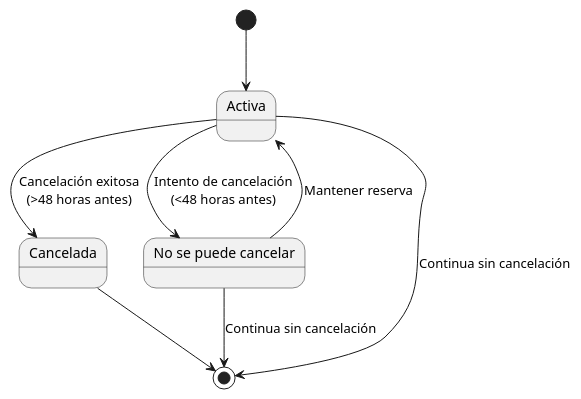
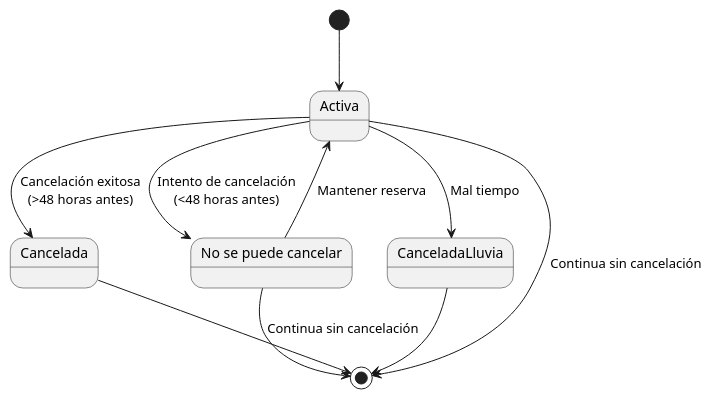
One commit to pablarce/23-24-IdSw1-SDR changed the diagram in CasosDeUso/Procesos/CduCancelarReserva/DiagramaDeEstados.puml. Above: the diagram before and after it, drawn with PlantUML.

Commit message:
Update DiagramaDeEstados.puml
Agrego cancelación por lluvia

```diff
--- a/CasosDeUso/Procesos/CduCancelarReserva/DiagramaDeEstados.puml
+++ b/CasosDeUso/Procesos/CduCancelarReserva/DiagramaDeEstados.puml
@@ -1,16 +1,18 @@
 @startuml
 state Activa {
 }
 state Cancelada {
 }
 state "No se puede cancelar" as NoPuedeCancelar {
 }
 
 [*] --> Activa
 Activa --> Cancelada : Cancelación exitosa\n(>48 horas antes)
+Activa --> CanceladaLluvia : Mal tiempo
 Activa --> NoPuedeCancelar : Intento de cancelación\n(<48 horas antes)
 NoPuedeCancelar --> Activa : Mantener reserva
 Cancelada --> [*]
+CanceladaLluvia --> [*]
 Activa --> [*] : Continua sin cancelación
 NoPuedeCancelar --> [*] : Continua sin cancelación
 @enduml
```
